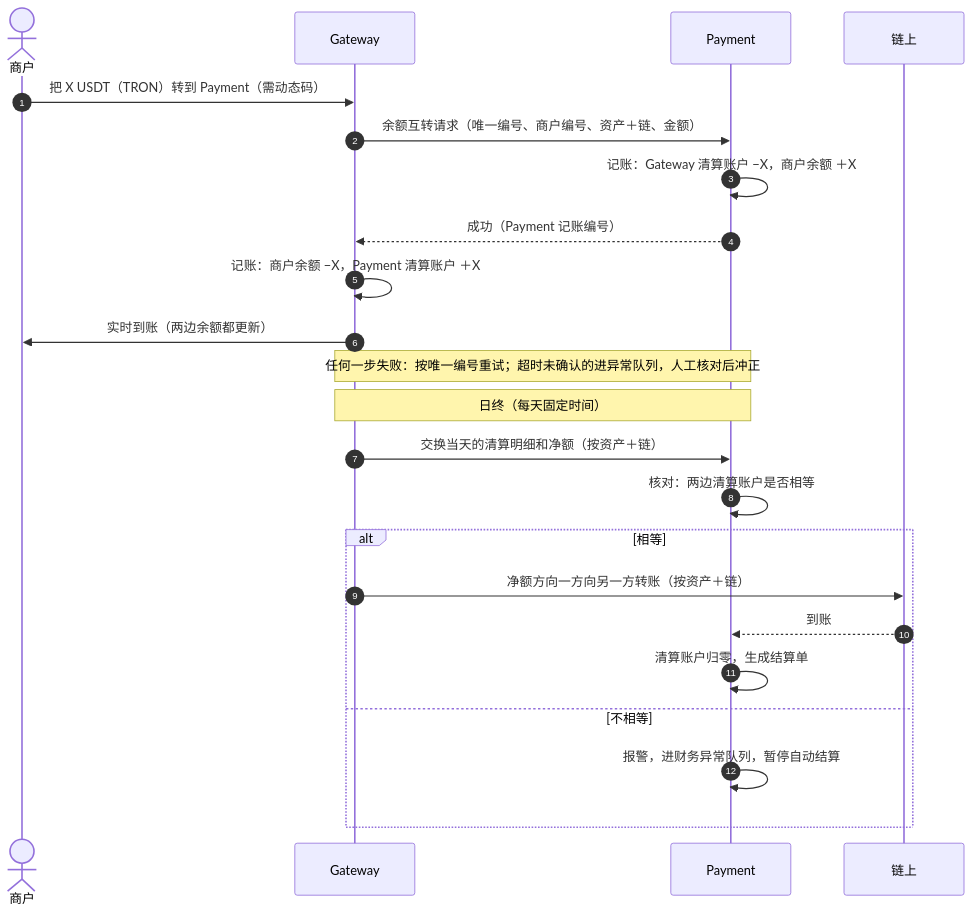
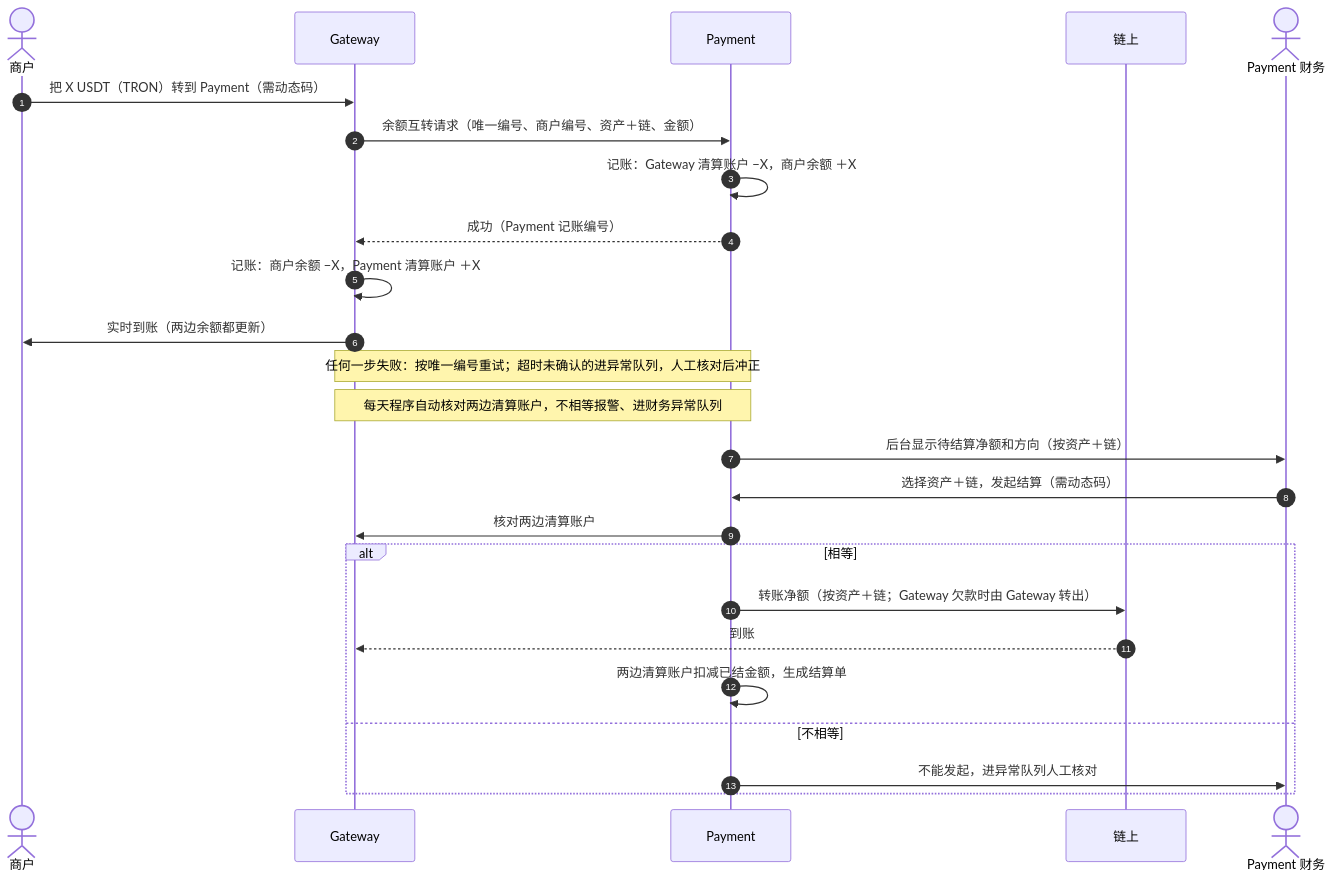
Before and after one commit to dollar3651314/amospayment: the fourth of 7 diagrams in 技术方案/v1-流程图.md, drawn with Mermaid. The commit also changed other lines of this file and 3 other files, not shown here.

First line of the commit message:
按 Amos 对流程图 4 个问题的答复修改方案、流程图和项目概览

````diff
--- a/技术方案/v1-流程图.md
+++ b/技术方案/v1-流程图.md
@@ -136,26 +140,28 @@
 ```mermaid
 sequenceDiagram
     autonumber
     actor U as 商户
     participant G as Gateway
     participant P as Payment
     participant CH as 链上
+    actor F as Payment 财务
 
     U->>G: 把 X USDT（TRON）转到 Payment（需动态码）
     G->>P: 余额互转请求（唯一编号、商户编号、资产＋链、金额）
     P->>P: 记账：Gateway 清算账户 −X，商户余额 ＋X
     P-->>G: 成功（Payment 记账编号）
     G->>G: 记账：商户余额 −X，Payment 清算账户 ＋X
     G->>U: 实时到账（两边余额都更新）
     Note over G,P: 任何一步失败：按唯一编号重试；超时未确认的进异常队列，人工核对后冲正
-    Note over G,P: 日终（每天固定时间）
-    G->>P: 交换当天的清算明细和净额（按资产＋链）
-    P->>P: 核对：两边清算账户是否相等
+    Note over G,P: 每天程序自动核对两边清算账户，不相等报警、进财务异常队列
+    P->>F: 后台显示待结算净额和方向（按资产＋链）
+    F->>P: 选择资产＋链，发起结算（需动态码）
+    P->>G: 核对两边清算账户
     alt 相等
-        G->>CH: 净额方向一方向另一方转账（按资产＋链）
-        CH-->>P: 到账
-        P->>P: 清算账户归零，生成结算单
+        P->>CH: 转账净额（按资产＋链；Gateway 欠款时由 Gateway 转出）
+        CH-->>G: 到账
+        P->>P: 两边清算账户扣减已结金额，生成结算单
     else 不相等
-        P->>P: 报警，进财务异常队列，暂停自动结算
+        P->>F: 不能发起，进异常队列人工核对
     end
 ```
````
